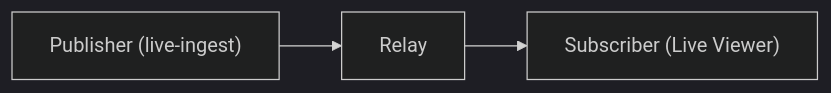
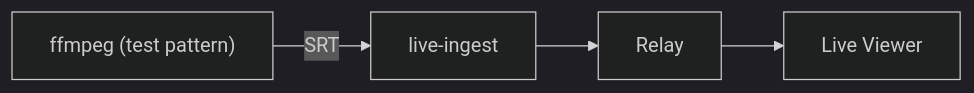
One commit to nttcom/moq-wasm changed the diagram in README.md. Above: the diagram before and after it, drawn with Mermaid (dark theme). The commit also changed other lines of this file and 3 other files, not shown here.

````diff
--- a/README.md
+++ b/README.md
@@ -16,4 +38,4 @@
 ```mermaid
 flowchart LR
-    publisher["Publisher (live-ingest)"] --> relay[Relay] --> subscriber["Subscriber (Live Viewer)"]
+    ffmpeg["ffmpeg (test pattern)"] -->|SRT| ingest[live-ingest] --> relay[Relay] --> viewer[Live Viewer]
 ```
````
